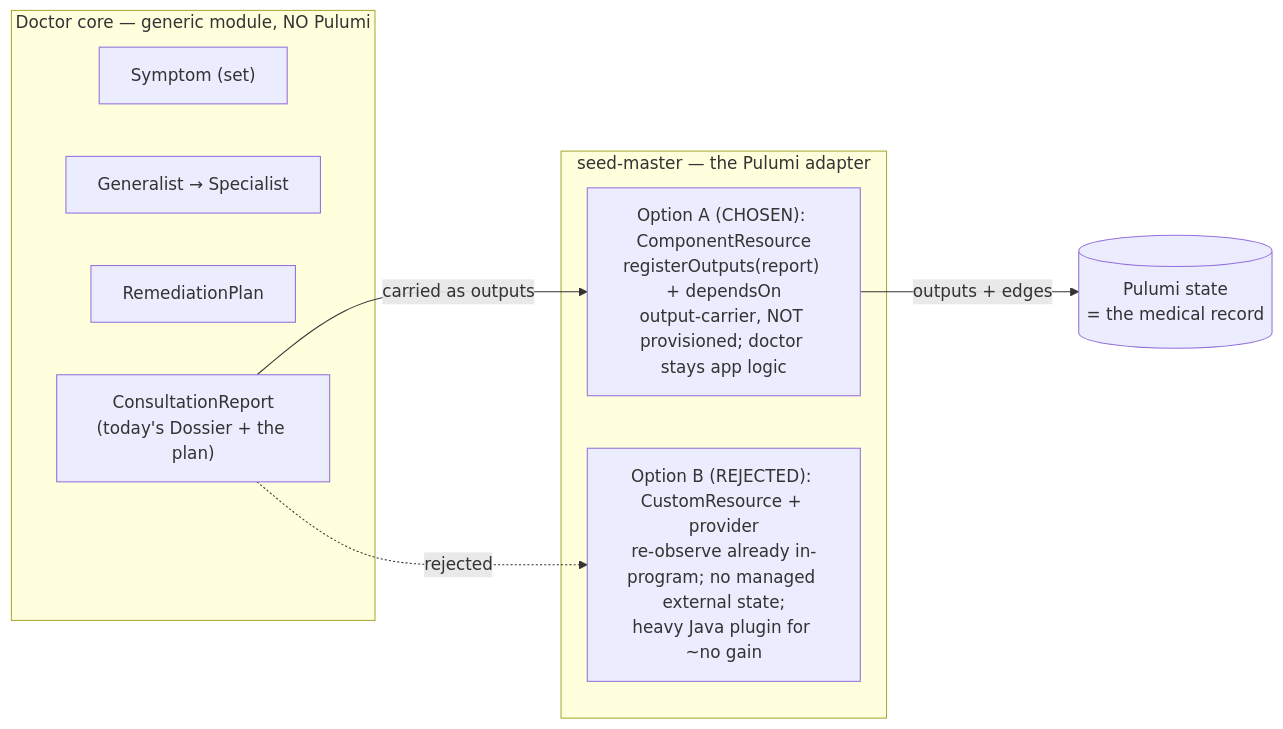
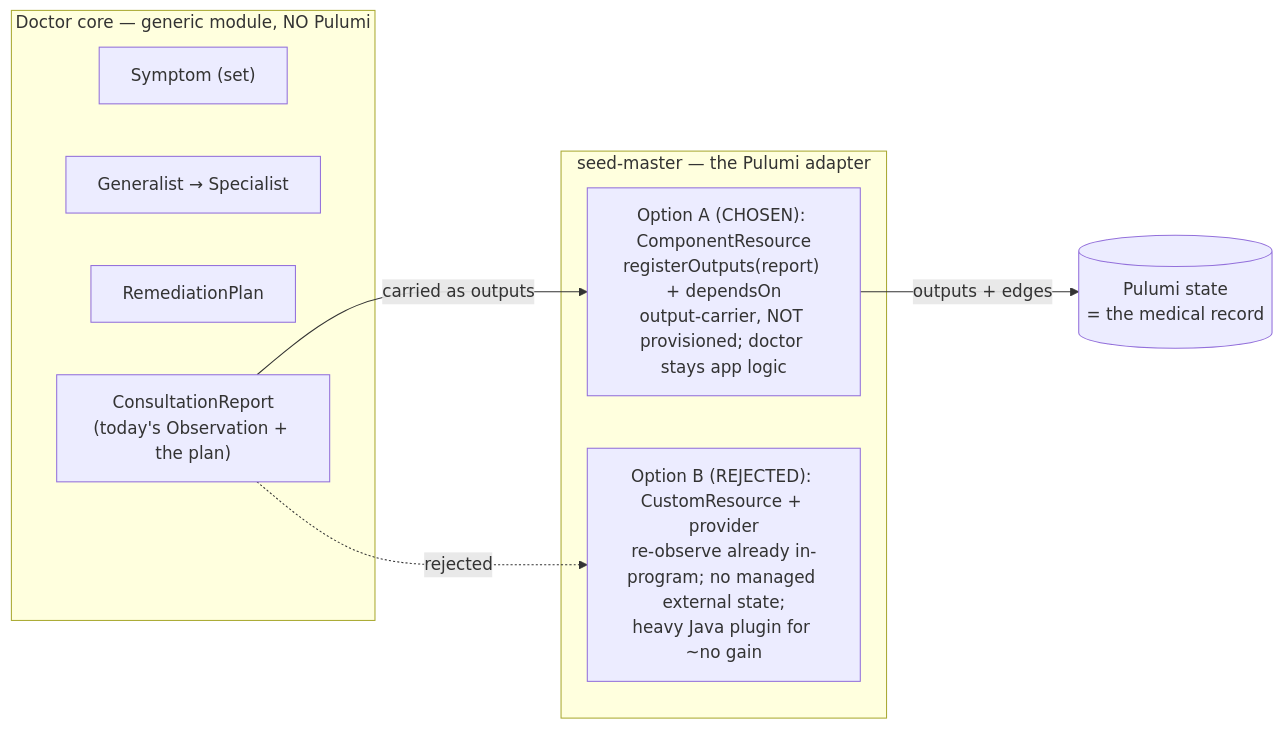
The fourth of 4 diagrams in docs/architecture/doctor/pulumi-doctor-integration.adoc (nxmatic/rke2lab), drawn with Mermaid before and after one commit. The commit also changed 62 other files, not shown here.

```diff
--- a/docs/architecture/doctor/pulumi-doctor-integration.adoc
+++ b/docs/architecture/doctor/pulumi-doctor-integration.adoc
@@ -174,21 +174,21 @@
 [mermaid]
 ----
 flowchart LR
     subgraph CORE["Doctor core — generic module, NO Pulumi"]
         SYM["Symptom (set)"]
         GEN["Generalist → Specialist"]
         PLAN["RemediationPlan"]
-        REP["ConsultationReport<br/>(today's Dossier + the plan)"]
+        REP["ConsultationReport<br/>(today's Observation + the plan)"]
     end
 
     subgraph SEED["seed-master — the Pulumi adapter"]
         A["Option A (CHOSEN): ComponentResource<br/>registerOutputs(report) + dependsOn<br/>output-carrier, NOT provisioned; doctor stays app logic"]
         B["Option B (REJECTED): CustomResource + provider<br/>re-observe already in-program; no managed external state;<br/>heavy Java plugin for ~no gain"]
     end
 
     STATE[("Pulumi state<br/>= the medical record")]
 
     REP -->|carried as outputs| A
     REP -. rejected .-> B
     A -->|outputs + edges| STATE
 ----
```
